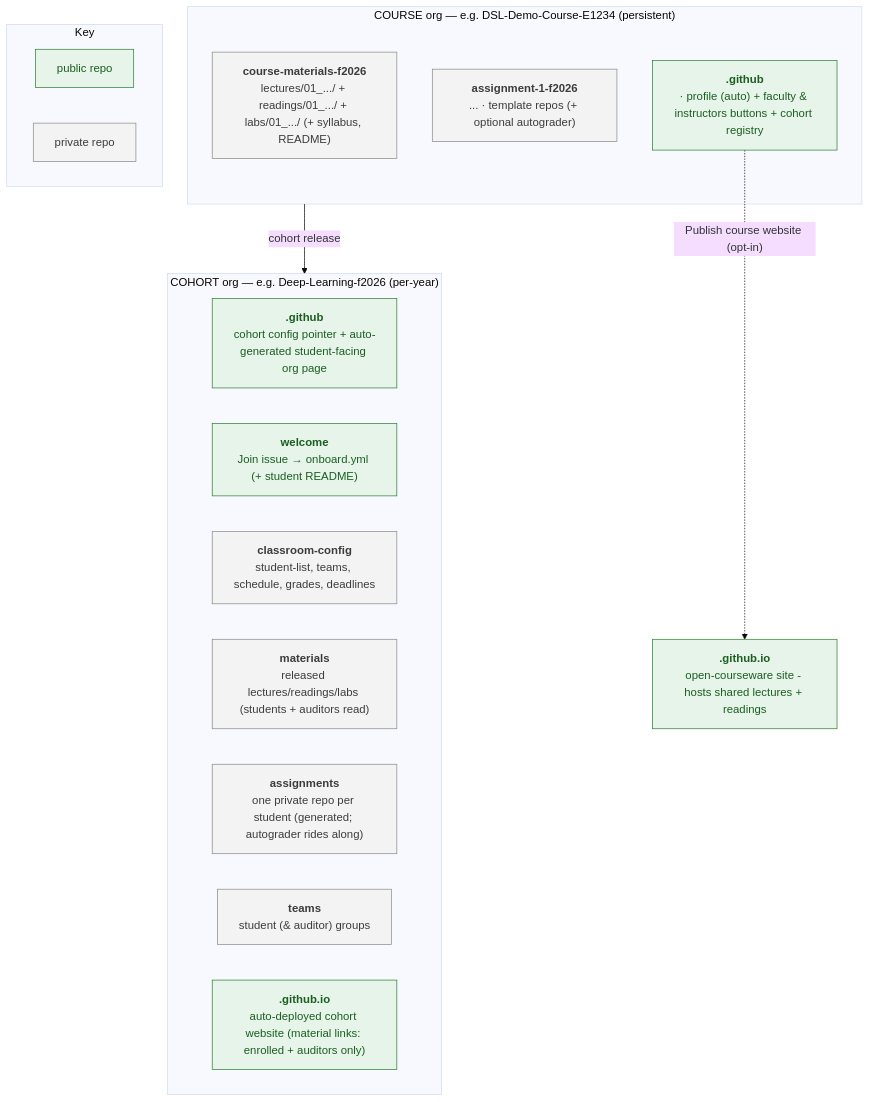
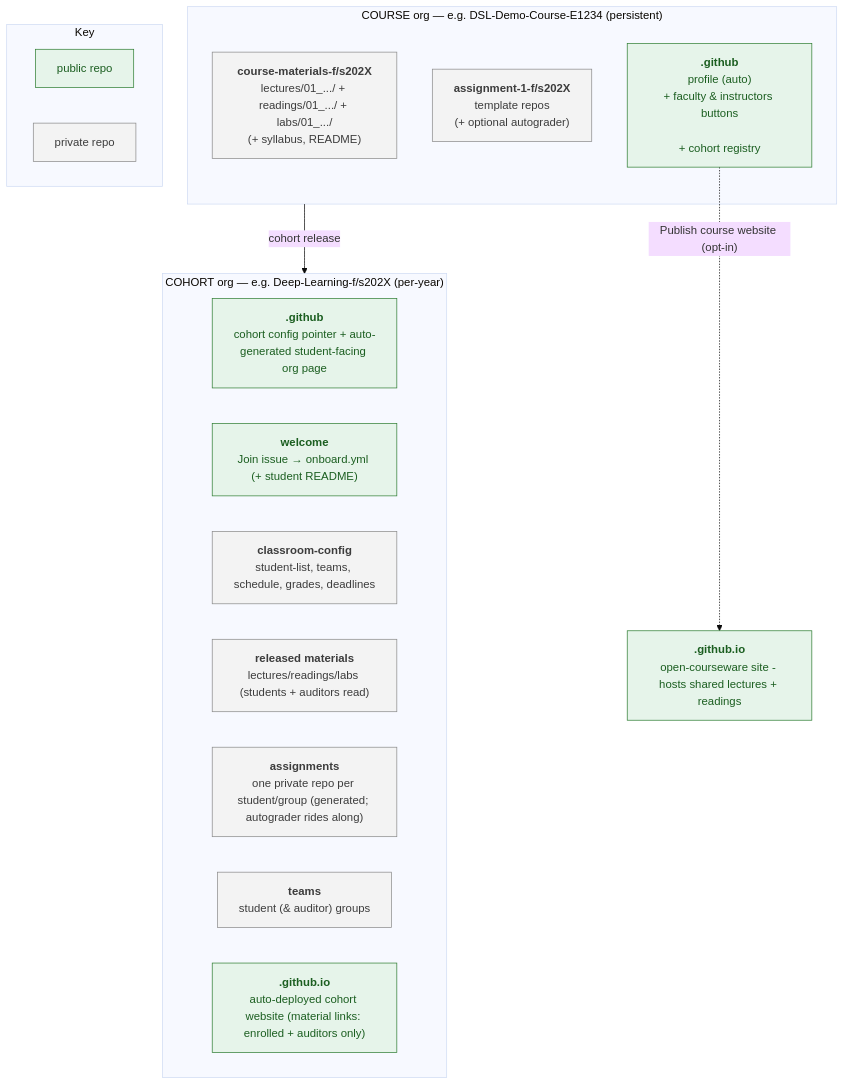
One commit to hertie-data-science-lab/dsl-teaching-course-setup changed the diagram in README.md. Above: the diagram before and after it, drawn with Mermaid (base theme).

Commit message:
Update README for course and cohort organization

````diff
--- a/README.md
+++ b/README.md
@@ -52,55 +52,63 @@
 ```mermaid
 flowchart TB
   subgraph COURSE["COURSE org — e.g. DSL-Demo-Course-E1234 (persistent)"]
-    mat["`**course-materials-f2026**
+    mat["`**course-materials-f/s202X**
 
-lectures/01_.../ + readings/01_.../ + labs/01_.../ (+ syllabus, README)`"]
-    tmpl["`**assignment-1-f2026**
+lectures/01_.../ + readings/01_.../ + labs/01_.../
 
-... · template repos (+ optional autograder)`"]
+(+ syllabus, README)`"]
+    tmpl["`**assignment-1-f/s202X**
+
+template repos
+
+(+ optional autograder)`"]
     gh["`**.github**
 
-· profile (auto) + faculty & instructors buttons + cohort registry`"]
+profile (auto)
+
++ faculty & instructors buttons
+
++ cohort registry`"]
   end
 
-  subgraph COHORT["COHORT org — e.g. Deep-Learning-f2026 (per-year)"]
+  subgraph COHORT["COHORT org — e.g. Deep-Learning-f/s202X (per-year)"]
     cgh["`**.github**
 
 cohort config pointer + auto-generated student-facing org page`"]
     welcome["`**welcome**
 
 Join issue → onboard.yml (+ student README)`"]
     cfg["`**classroom-config**
 
 student-list, teams, schedule, grades, deadlines`"]
-    cmat["`**materials**
+    cmat["`**released materials**
 
-released lectures/readings/labs (students + auditors read)`"]
+lectures/readings/labs (students + auditors read)`"]
     repos["`**assignments**
 
-one private repo per student (generated; autograder rides along)`"]
+one private repo per student/group (generated; autograder rides along)`"]
     team["`**teams**
 
 student (& auditor) groups`"]
     site["`**<cohort>.github.io**
 
 auto-deployed cohort website (material links: enrolled + auditors only)`"]
   end
 
   pub["`**<course-org>.github.io**
 
 open-courseware site - hosts shared lectures + readings`"]
 
   COURSE -->|"cohort release"| COHORT
   gh -.->|"Publish course website (opt-in)"| pub
 
   subgraph KEY["Key"]
     keypub["public repo"]
     keypriv["private repo"]
   end
 
   classDef public fill:#e6f4ea,stroke:#2e7d32,color:#1b5e20;
   classDef private fill:#f3f3f3,stroke:#8a8a8a,color:#3c3c3c;
   class gh,cgh,welcome,site,pub,keypub public;
   class mat,tmpl,cfg,cmat,repos,team,keypriv private;
 ```
````
